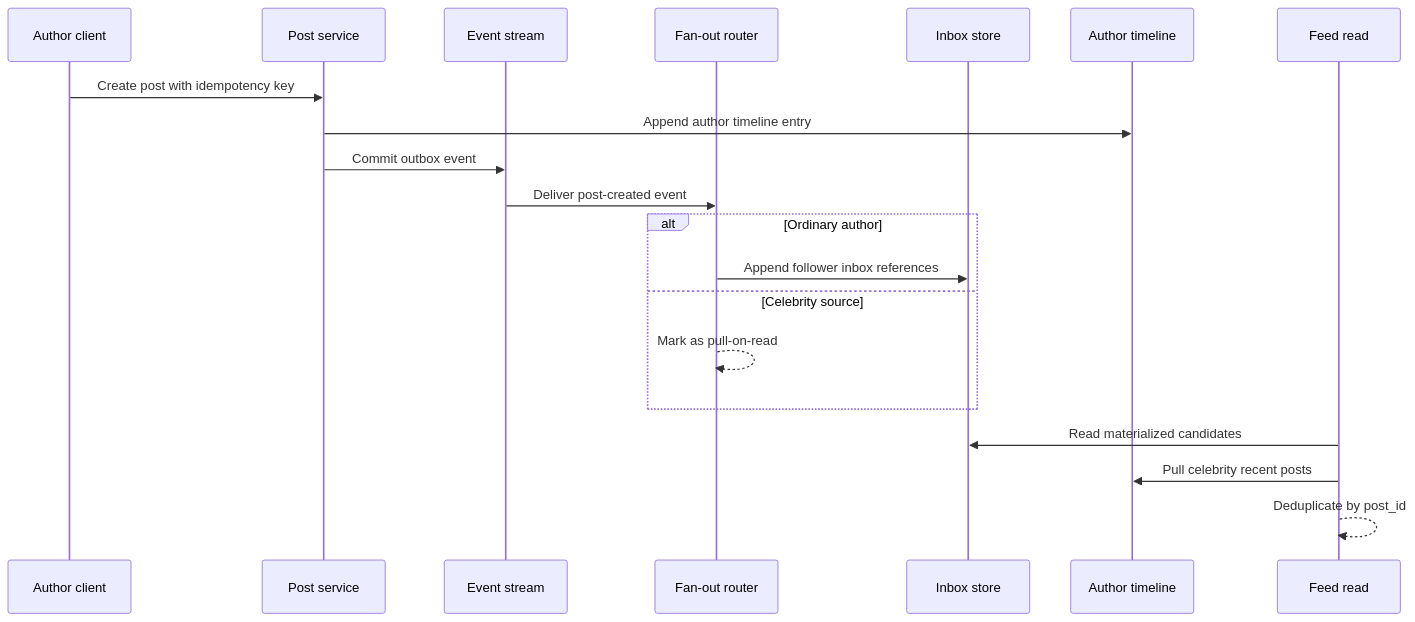
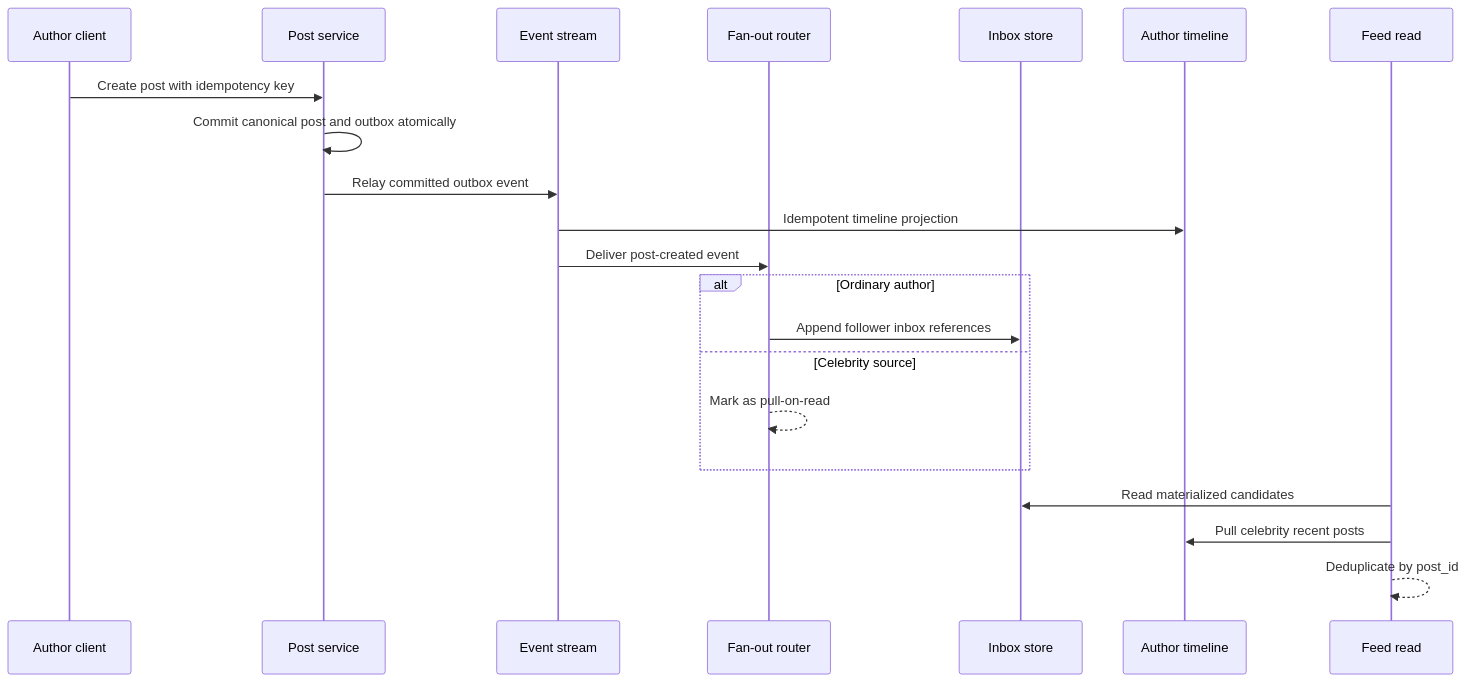
One commit to Pranshu258/system-design changed the third of 5 diagrams in news-feed-system-design.md. Above: the diagram before and after it, drawn with Mermaid. The commit also changed other lines of this file and 23 other files, not shown here.

````diff
--- a/news-feed-system-design.md
+++ b/news-feed-system-design.md
@@ -240,22 +240,23 @@
 ```mermaid
 sequenceDiagram
     participant Author as Author client
     participant Post as Post service
     participant Stream as Event stream
     participant Router as Fan-out router
     participant Inbox as Inbox store
     participant Timeline as Author timeline
     participant Feed as Feed read
     Author->>Post: Create post with idempotency key
-    Post->>Timeline: Append author timeline entry
-    Post->>Stream: Commit outbox event
+    Post->>Post: Commit canonical post and outbox atomically
+    Post->>Stream: Relay committed outbox event
+    Stream->>Timeline: Idempotent timeline projection
     Stream->>Router: Deliver post-created event
     alt Ordinary author
         Router->>Inbox: Append follower inbox references
     else Celebrity source
         Router-->>Router: Mark as pull-on-read
     end
     Feed->>Inbox: Read materialized candidates
     Feed->>Timeline: Pull celebrity recent posts
     Feed-->>Feed: Deduplicate by post_id
 ```
````
